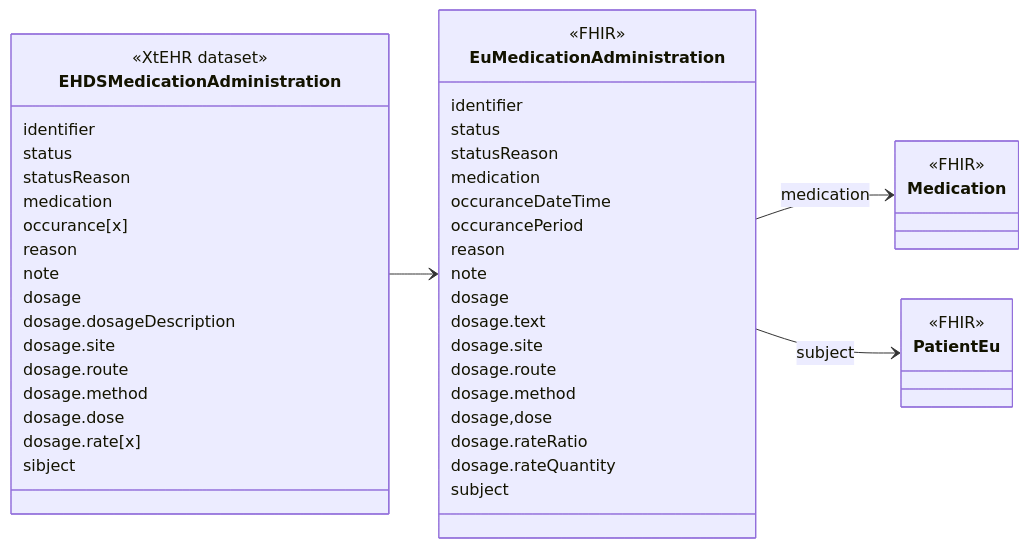
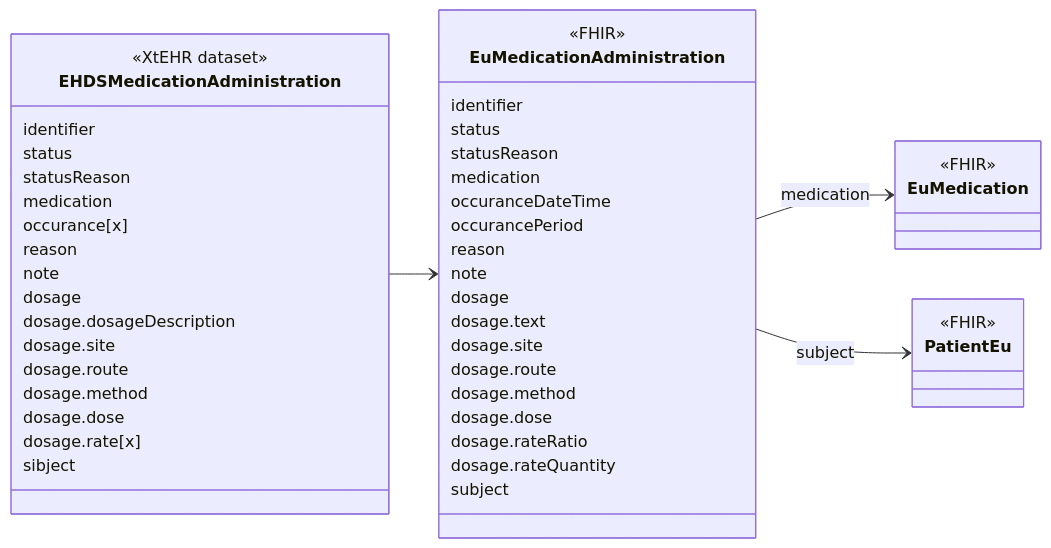
One commit to oijauregui/ehdsimaging changed the diagram in input/intro-notes/ConceptMap-EHDSMedicationAdministrationMap-intro.md. Above: the diagram before and after it, drawn with Mermaid. The commit also changed 85 other files, not shown here.

````diff
--- a/input/intro-notes/ConceptMap-EHDSMedicationAdministrationMap-intro.md
+++ b/input/intro-notes/ConceptMap-EHDSMedicationAdministrationMap-intro.md
@@ -5,53 +5,53 @@
 ```mermaid
 classDiagram
 direction LR
 class EHDSMedicationAdministration {
   <<XtEHR dataset>>
   identifier
   status
   statusReason
   medication
   occurance[x]
   reason
   note
   dosage
   dosage.dosageDescription
   dosage.site
   dosage.route
   dosage.method
   dosage.dose
   dosage.rate[x]
   sibject
 }
 link EHDSMedicationAdministration "https://build.fhir.org/ig/Xt-EHR/xt-ehr-common/StructureDefinition-EHDSMedicationAdministration.html"
 class EuMedicationAdministration{
   <<FHIR>>
   identifier
   status
   statusReason
   medication
   occuranceDateTime
   occurancePeriod
   reason
   note
   dosage
   dosage.text
   dosage.site
   dosage.route
   dosage.method
-  dosage,dose
+  dosage.dose
   dosage.rateRatio
   dosage.rateQuantity
   subject
 }
 
-class Medication {
+class EuMedication {
   <<FHIR>>
 }
 class PatientEu {
   <<FHIR>>
 }
 EHDSMedicationAdministration --> EuMedicationAdministration
-EuMedicationAdministration --> Medication : medication
+EuMedicationAdministration --> EuMedication : medication
 EuMedicationAdministration --> PatientEu : subject
 ```
````
